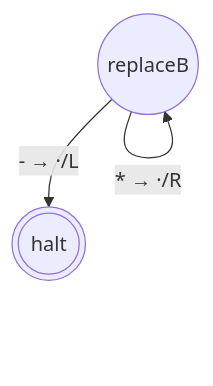
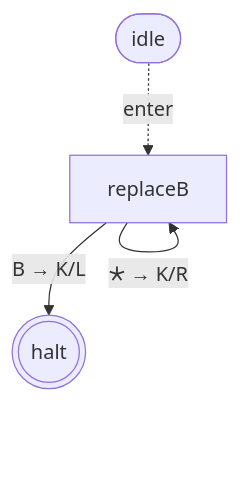
The diagram in README.md (mellonis/turing-machine-js), drawn with Mermaid before and after one commit. The commit also changed other lines of this file and 14 other files, not shown here.

First line of the commit message:
polish(emit + docs): readable vocabulary, removed hand-drawn diagrams, dogfooded `summarize`

````diff
--- a/README.md
+++ b/README.md
@@ -93,9 +79,11 @@
 ```mermaid
 flowchart TD
 %% alphabets: [[" ","a","b","c","*"]]
   s0(((halt)))
-  s1(("replaceB"))
-  s1 -- "b → */R" --> s1
-  s1 -- "- → ·/L" --> s0
-  s1 -- "* → ·/R" --> s1
+  s1["replaceB"]
+  idle([idle])
+  idle -. enter .-> s1
+  s1 -- "'b' → '*'/R" --> s1
+  s1 -- "B → K/L" --> s0
+  s1 -- "🞰 → K/R" --> s1
 ```
````
